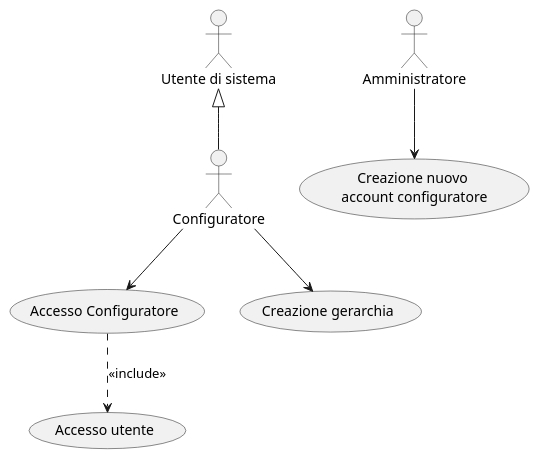
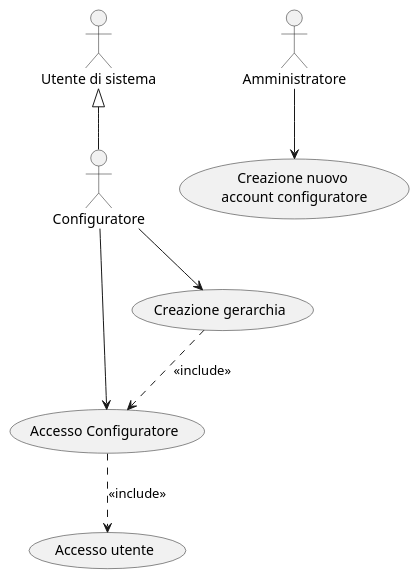
Before and after one commit to Matlice/ing_sw_2022: the diagram in DOC/VER1/diagrams/use_case/version_1.puml, drawn with PlantUML. The commit also changed 2 other files, not shown here.

Commit message:
casi d'uso v2 uml

```diff
--- a/DOC/VER1/diagrams/use_case/version_1.puml
+++ b/DOC/VER1/diagrams/use_case/version_1.puml
@@ -1,15 +1,16 @@
 @startuml
 
 :Utente di sistema: as user
 :Configuratore: as conf
 :Amministratore: as adm
 
 conf -up-|> user
 conf --> (Accesso Configuratore)
 conf --> (Creazione gerarchia)
 
 adm --> (Creazione nuovo \naccount configuratore)
 
 (Accesso Configuratore) ..> (Accesso utente): <<include>>
+(Creazione gerarchia) ..> (Accesso Configuratore): <<include>>
 
 @enduml
```
